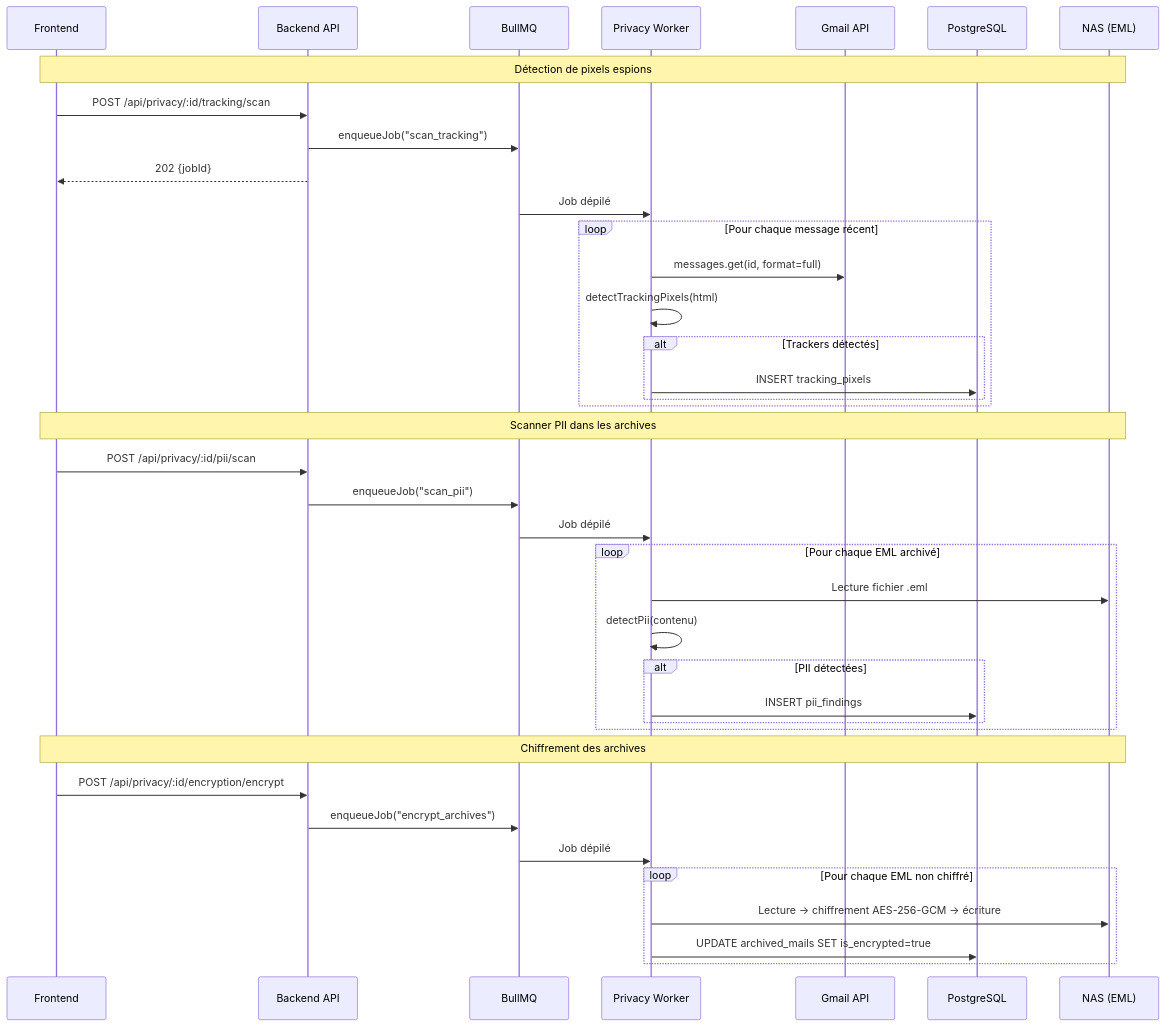
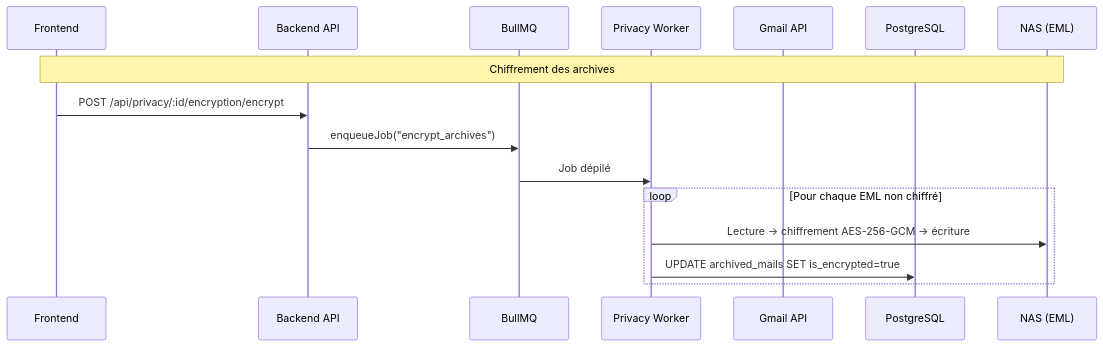
The fourth of 4 diagrams in docs/en/technical/overview.md (Le-Nid/nid), drawn with Mermaid before and after one commit. The commit also changed 34 other files, not shown here.

First line of the commit message:
feat(privacy)!: L11 remove the PII and tracking-pixel scans (O7)

````diff
--- a/docs/en/technical/overview.md
+++ b/docs/en/technical/overview.md
@@ -96,44 +96,19 @@
 ```mermaid
 sequenceDiagram
     participant UI as Frontend
     participant API as Backend API
     participant Queue as BullMQ
     participant Worker as Privacy Worker
     participant Gmail as Gmail API
     participant PG as PostgreSQL
     participant NAS as NAS (EML)
 
-    Note over UI,NAS: Détection de pixels espions
-    UI->>API: POST /api/privacy/:id/tracking/scan
-    API->>Queue: enqueueJob("scan_tracking")
-    API-->>UI: 202 {jobId}
-    Queue->>Worker: Job dépilé
-    loop Pour chaque message récent
-        Worker->>Gmail: messages.get(id, format=full)
-        Worker->>Worker: detectTrackingPixels(html)
-        alt Trackers détectés
-            Worker->>PG: INSERT tracking_pixels
-        end
-    end
-
-    Note over UI,NAS: Scanner PII dans les archives
-    UI->>API: POST /api/privacy/:id/pii/scan
-    API->>Queue: enqueueJob("scan_pii")
-    Queue->>Worker: Job dépilé
-    loop Pour chaque EML archivé
-        Worker->>NAS: Lecture fichier .eml
-        Worker->>Worker: detectPii(contenu)
-        alt PII détectées
-            Worker->>PG: INSERT pii_findings
-        end
-    end
-
     Note over UI,NAS: Chiffrement des archives
     UI->>API: POST /api/privacy/:id/encryption/encrypt
     API->>Queue: enqueueJob("encrypt_archives")
     Queue->>Worker: Job dépilé
     loop Pour chaque EML non chiffré
         Worker->>NAS: Lecture → chiffrement AES-256-GCM → écriture
         Worker->>PG: UPDATE archived_mails SET is_encrypted=true
     end
 ```
````
